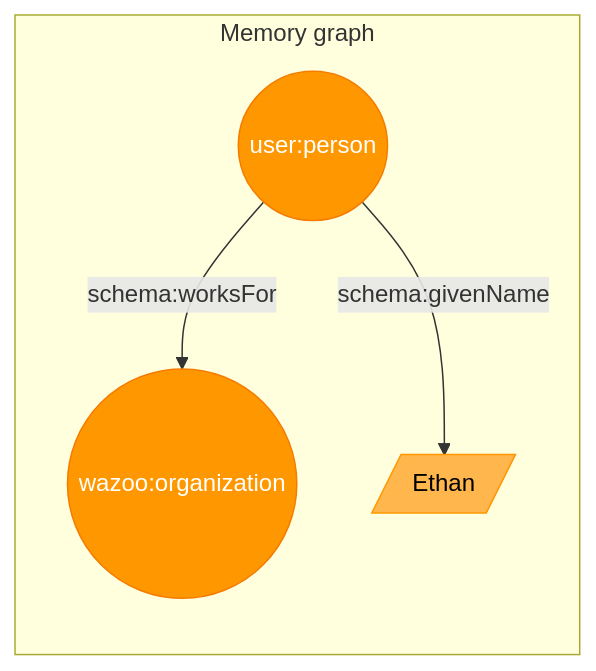
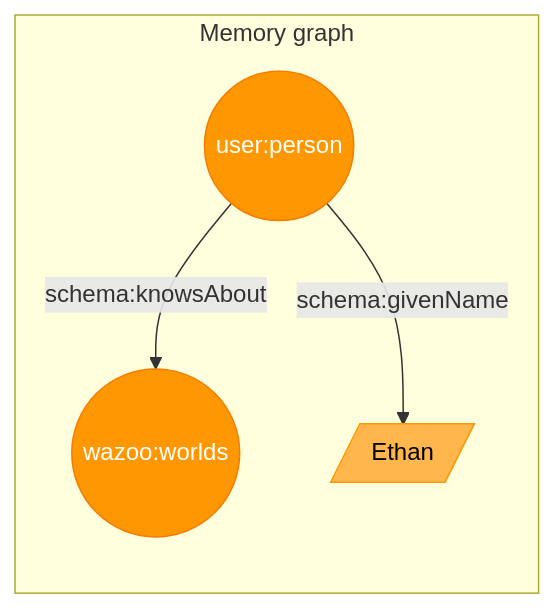
Before and after one commit to wazootech/docs.wazoo.dev: the third of 3 diagrams in worlds/index.mdx, drawn with Mermaid. The commit also changed other lines of this file and 11 other files, not shown here.

````diff
--- a/worlds/index.mdx
+++ b/worlds/index.mdx
@@ -108,10 +108,10 @@
 ```mermaid
 graph LR
     subgraph "Memory graph"
-    A((user:person)) -->|schema:worksFor| B((wazoo:organization))
+    A((user:person)) -->|schema:knowsAbout| B((wazoo:worlds))
     A -->|schema:givenName| C[/"Ethan"/]
     end
     style A fill:#FF9800,stroke:#F57C00,color:#fff
     style B fill:#FF9800,stroke:#F57C00,color:#fff
     style C fill:#FFB74D,stroke:#FF9800,color:#000
 ```
````
